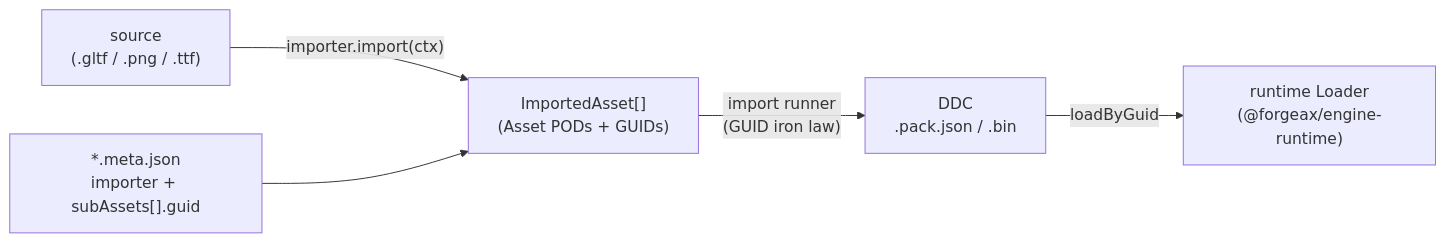
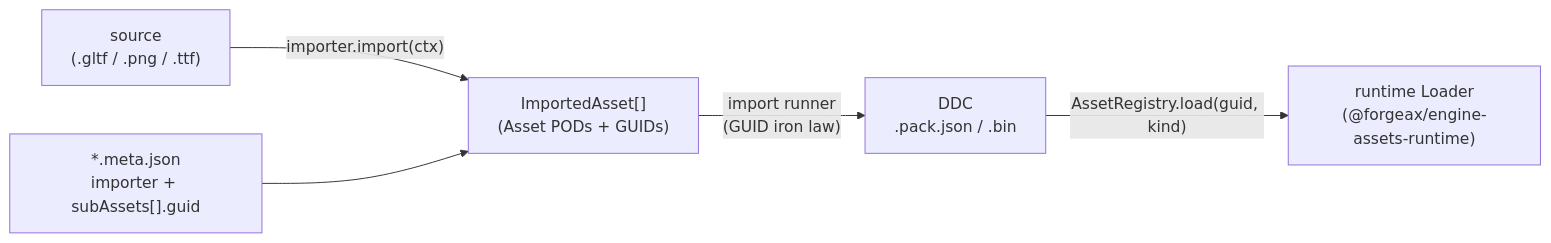
Before and after one commit to ForgeaX-Games/forgeax-editor: the diagram in packages/engine/packages/import/README.md, drawn with Mermaid. The commit also changed other lines of this file and 5042 other files, not shown here.

````diff
--- a/packages/engine/packages/import/README.md
+++ b/packages/engine/packages/import/README.md
@@ -58,7 +68,7 @@
 ```mermaid
 flowchart LR
   src["source\n(.gltf / .png / .ttf)"] -->|"importer.import(ctx)"| ia["ImportedAsset[]\n(Asset PODs + GUIDs)"]
   meta["*.meta.json\nimporter + subAssets[].guid"] --> ia
   ia -->|"import runner\n(GUID iron law)"| ddc["DDC\n.pack.json / .bin"]
-  ddc -->|"loadByGuid"| runtime["runtime Loader\n(@forgeax/engine-runtime)"]
+  ddc -->|"AssetRegistry.load(guid, kind)"| runtime["runtime Loader\n(@forgeax/engine-assets-runtime)"]
 ```
````
